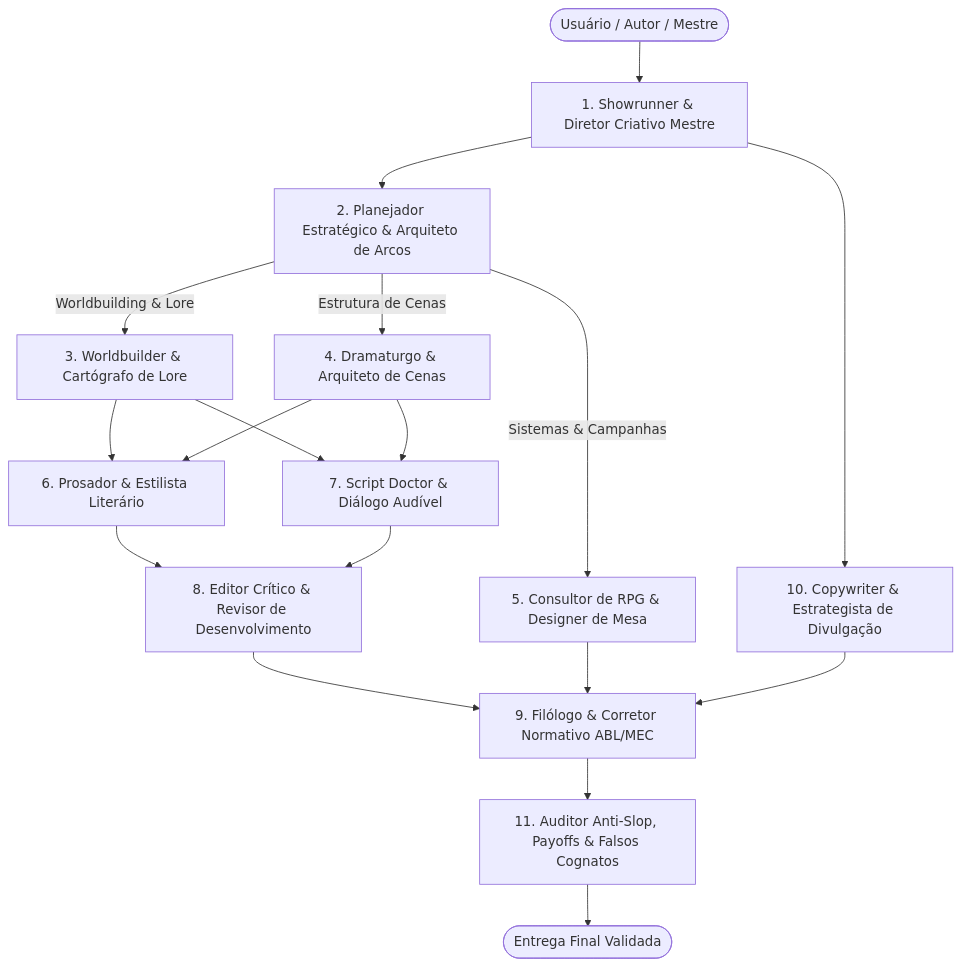
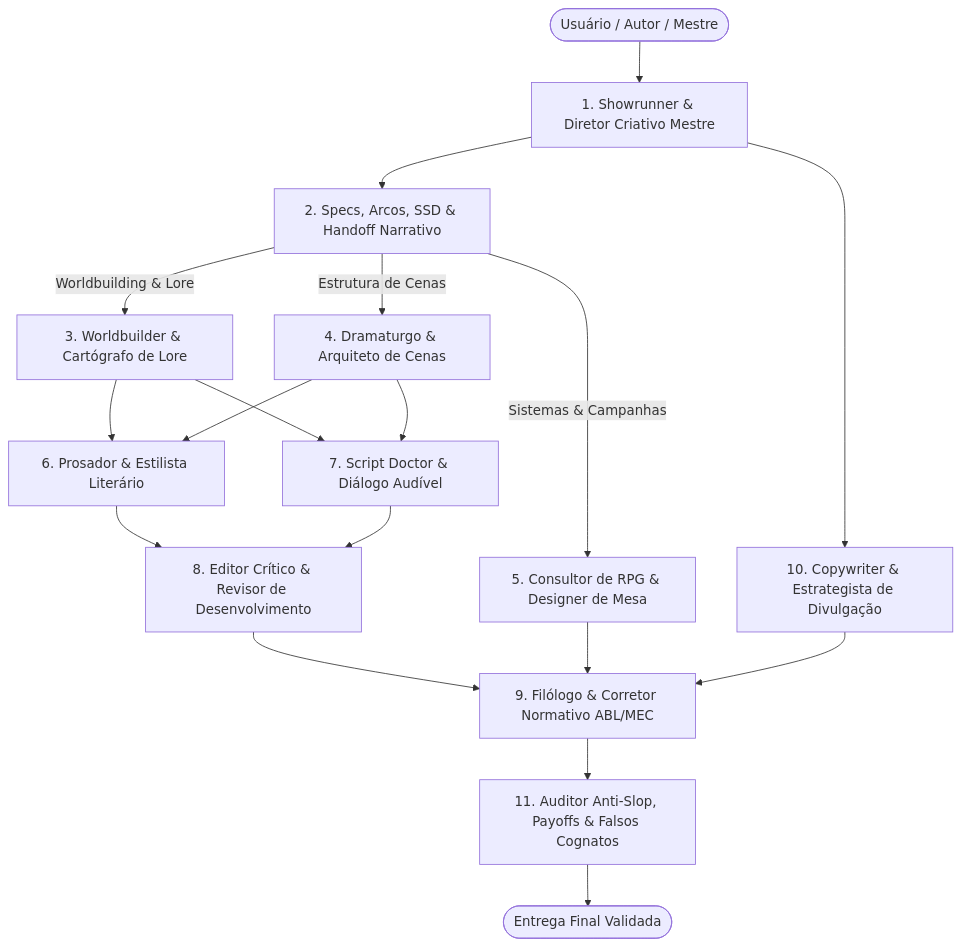
One commit to CharlesCorreaDev/skills-ai changed the diagram in escritor-pro/README.md. Above: the diagram before and after it, drawn with Mermaid. The commit also changed other lines of this file and 21 other files, not shown here.

Commit message:
feat(skills): padroniza subagente de Specs, PRs, SSD e Handoff e instalacao obrigatoria de noobygains/godmode em 13 skills

````diff
--- a/escritor-pro/README.md
+++ b/escritor-pro/README.md
@@ -16,23 +16,23 @@
 ```mermaid
 flowchart TD
     User([Usuário / Autor / Mestre]) --> Showrunner[1. Showrunner & Diretor Criativo Mestre]
     
-    Showrunner --> Planejador[2. Planejador Estratégico & Arquiteto de Arcos]
+    Showrunner --> Planejador[2. Specs, Arcos, SSD & Handoff Narrativo]
     
     Planejador -->|Worldbuilding & Lore| Worldbuilder[3. Worldbuilder & Cartógrafo de Lore]
     Planejador -->|Estrutura de Cenas| Dramaturgo[4. Dramaturgo & Arquiteto de Cenas]
     Planejador -->|Sistemas & Campanhas| GameMaster[5. Consultor de RPG & Designer de Mesa]
     
     Worldbuilder & Dramaturgo --> Prosador[6. Prosador & Estilista Literário]
     Worldbuilder & Dramaturgo --> ScriptDoctor[7. Script Doctor & Diálogo Audível]
     
     Prosador & ScriptDoctor --> EditorCritico[8. Editor Crítico & Revisor de Desenvolvimento]
     
     EditorCritico --> RevisorNormativo[9. Filólogo & Corretor Normativo ABL/MEC]
     GameMaster --> RevisorNormativo
     Showrunner --> Copywriter[10. Copywriter & Estrategista de Divulgação]
     Copywriter --> RevisorNormativo
     
     RevisorNormativo --> AuditorAntiSlop[11. Auditor Anti-Slop, Payoffs & Falsos Cognatos]
     AuditorAntiSlop --> OutputFinal([Entrega Final Validada])
 ```
````
